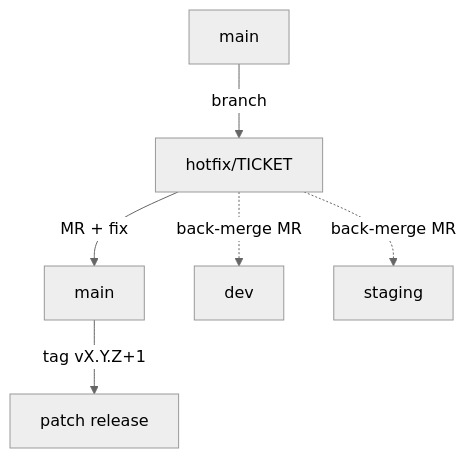
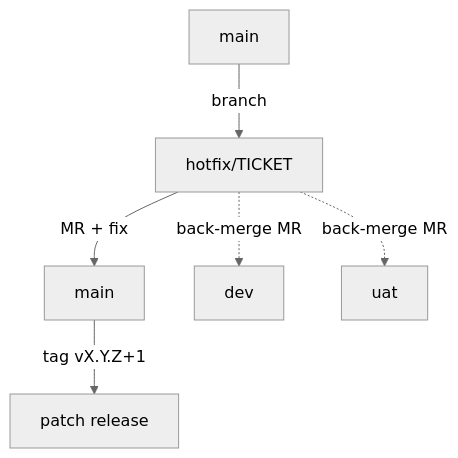
One commit to duynhlab/homelab changed the third of 7 diagrams in docs/platform/gitflow.md. Above: the diagram before and after it, drawn with Mermaid (neutral theme). The commit also changed other lines of this file and 8 other files, not shown here.

First line of the commit message:
Consolidate CI/CD docs + rename staging tier to uat (#382)

````diff
--- a/docs/platform/gitflow.md
+++ b/docs/platform/gitflow.md
@@ -238,8 +238,8 @@
 ```mermaid
 flowchart TD
   main_src["main"] -->|"branch"| hotfix["hotfix/TICKET"]
   hotfix -->|"MR + fix"| main_dst["main"]
   main_dst -->|"tag vX.Y.Z+1"| patch["patch release"]
   hotfix -.->|"back-merge MR"| dev_bm["dev"]
-  hotfix -.->|"back-merge MR"| staging_bm["staging"]
+  hotfix -.->|"back-merge MR"| staging_bm["uat"]
 ```
````
